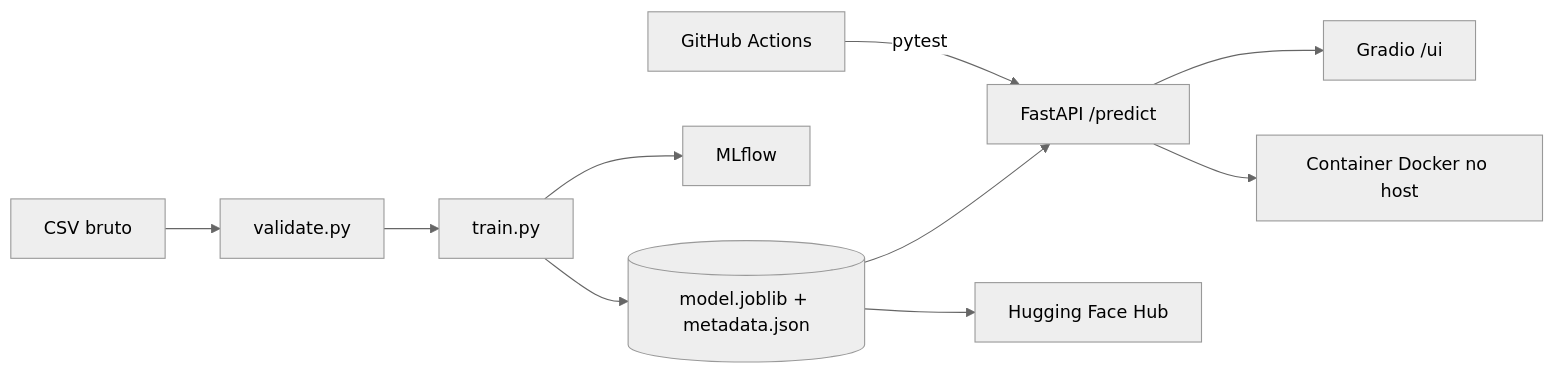
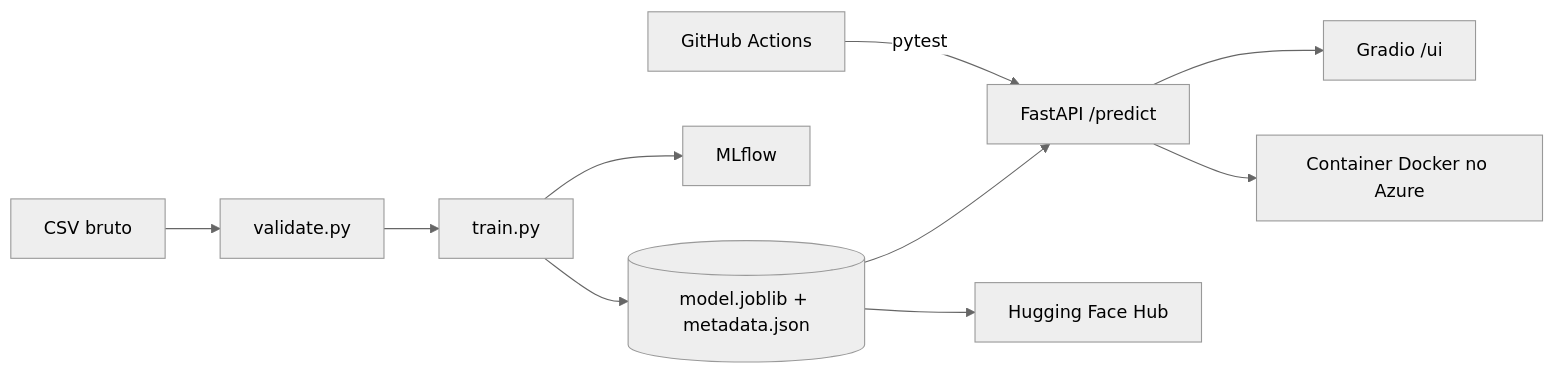
The diagram in README.md (GustavoSousa777/Telco-Customer-Churn), drawn with Mermaid (neutral theme) before and after one commit. The commit also changed other lines of this file and 2 other files, not shown here.

````diff
--- a/README.md
+++ b/README.md
@@ -15,12 +41,12 @@
 ```mermaid
 flowchart LR
     A[CSV bruto] --> B[validate.py]
     B --> C[train.py]
     C --> D[(model.joblib + metadata.json)]
     C --> E[MLflow]
     D --> F[FastAPI /predict]
     F --> G[Gradio /ui]
     D --> I[Hugging Face Hub]
     H[GitHub Actions] -->|pytest| F
-    F --> J[Container Docker no host]
+    F --> J[Container Docker no Azure]
 ```
````
